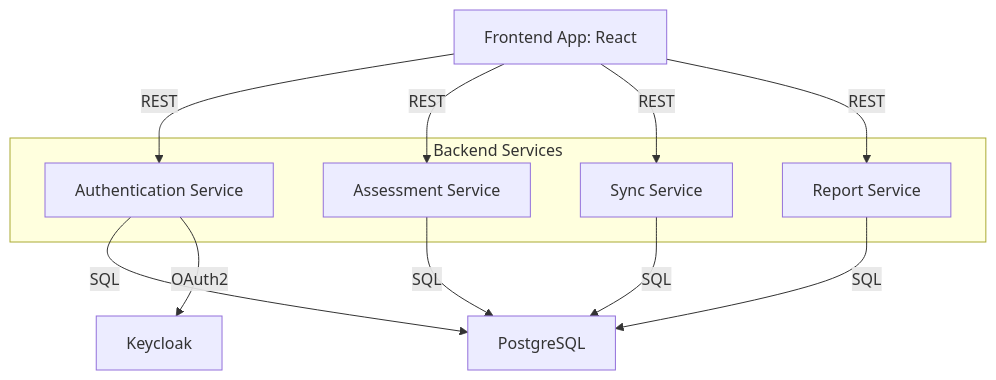
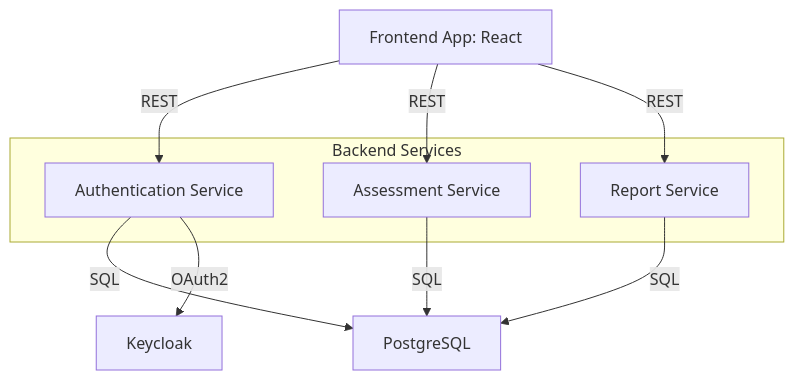
The third of 5 diagrams in docs/architecture/arc42.md (ADORSYS-GIS/DGAT-sustainability), drawn with Mermaid before and after one commit. The commit also changed other lines of this file, not shown here.

Commit message:
fix(Docs): update Arc42 to reflect schema changes, removed SYNC_QUEUE, added version-based conflict resolution

````diff
--- a/docs/architecture/arc42.md
+++ b/docs/architecture/arc42.md
@@ -104,18 +104,15 @@
 ```mermaid
 graph TD
     A[Frontend App: React] -->|REST| B[Authentication Service]
     A -->|REST| C[Assessment Service]
-    A -->|REST| D[Sync Service]
     A -->|REST| E[Report Service]
     B -->|SQL| F[PostgreSQL]
     C -->|SQL| F
-    D -->|SQL| F
     E -->|SQL| F
     B -->|OAuth2| G[Keycloak]
     subgraph "Backend Services"
         B[Authentication Service]
         C[Assessment Service]
-        D[Sync Service]
         E[Report Service]
     end
 ```
````
